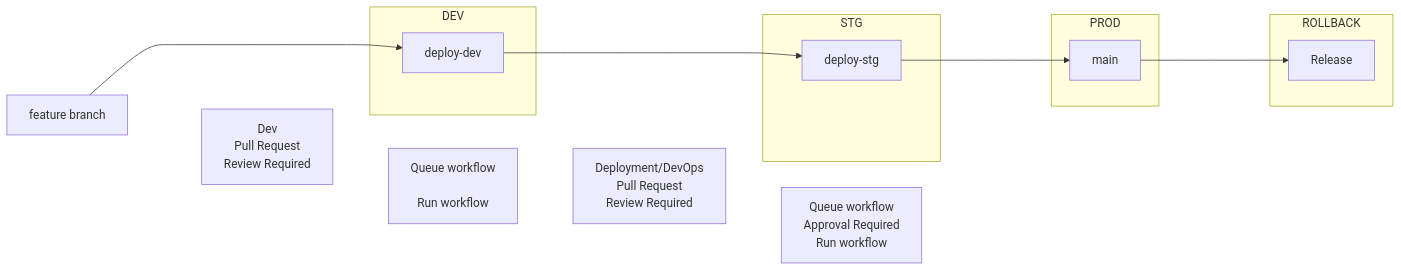
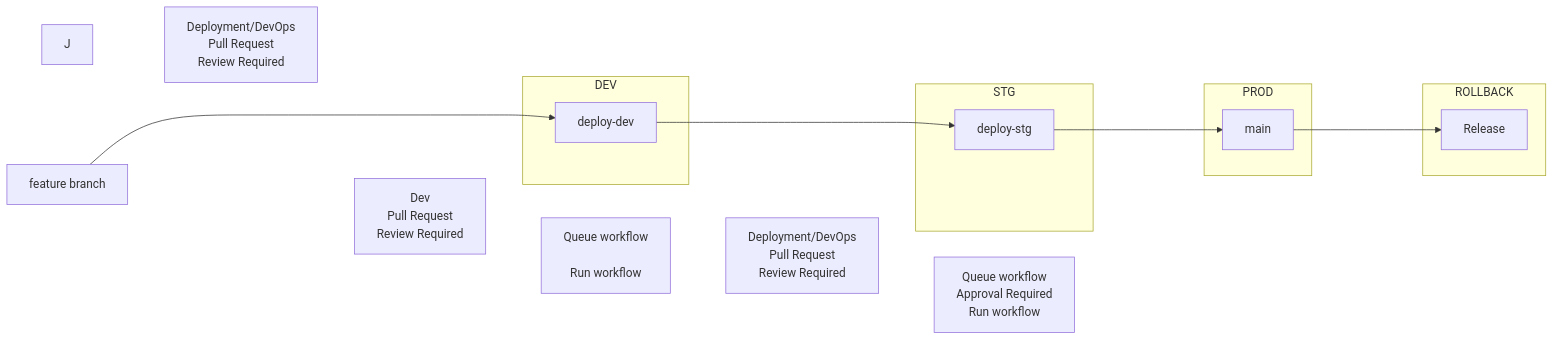
One commit to fritzramos-gf/Workflows changed the diagram in Gates-Workflow.md. Above: the diagram before and after it, drawn with Mermaid.

````diff
--- a/Gates-Workflow.md
+++ b/Gates-Workflow.md
@@ -1,37 +1,38 @@
 ```mermaid
 flowchart LR
     A[feature branch] ----> B
     A ~~~ C["Dev\nPull Request\nReview Required"]
     C ~~~ B
     subgraph DEV
         B[deploy-dev]
     end
      C ~~~ G["Queue workflow
         \nRun workflow"]
 
     B ---> D
     G ~~~ H["Deployment/DevOps\nPull Request\nReview Required"]
     H ~~~ D
     subgraph STG
         D[deploy-stg]
     end
     D ----> E
     H ~~~ I["Queue workflow\nApproval Required\nRun workflow"]
     subgraph PROD
         E[main]
     end
     E ----> F
+    J ~~~ K["Deployment/DevOps\nPull Request\nReview Required"]
     subgraph ROLLBACK
         F[Release]
     end
 
 
 
 
 
 
 
 
 
 
 ```
````
